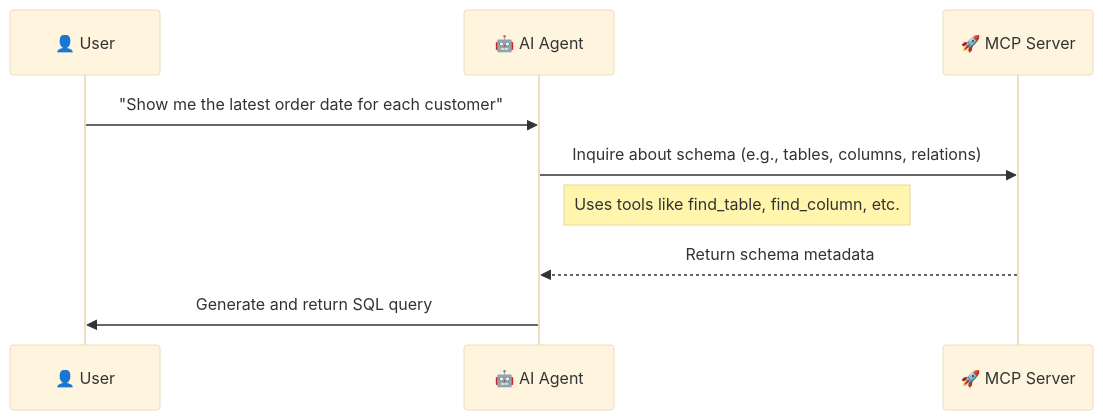
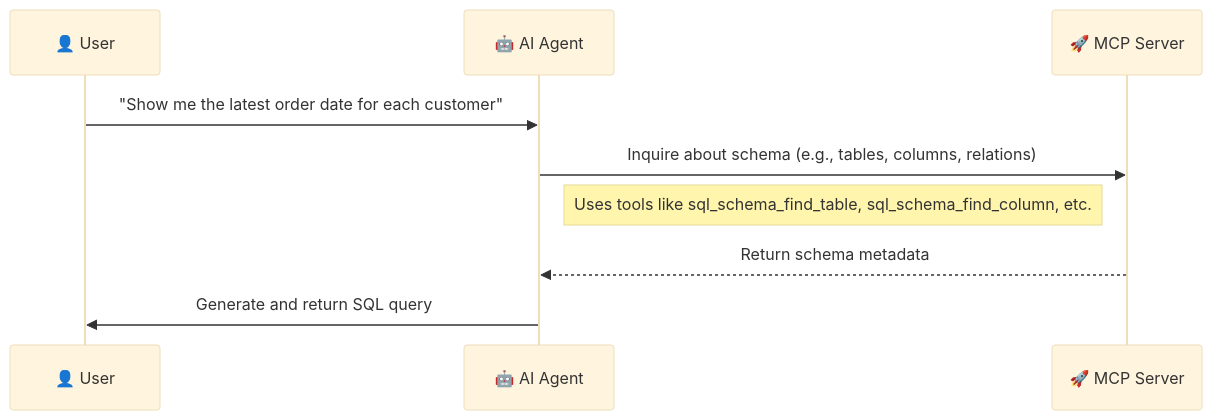
One commit to yt3trees/SqlSchemaBridgeMCP changed the second of 2 diagrams in README.md. Above: the diagram before and after it, drawn with Mermaid (base theme). The commit also changed other lines of this file and 6 other files, not shown here.

Commit message:
feat: Add sql_schema_ prefix to all tool names for uniqueness

````diff
--- a/README.md
+++ b/README.md
@@ -38,15 +38,15 @@
 ```mermaid
 sequenceDiagram
     participant User as 👤 User
     participant Agent as 🤖 AI Agent
     participant MCPServer as 🚀 MCP Server
 
     User->>Agent: "Show me the latest order date for each customer"
 
     Agent->>MCPServer: Inquire about schema (e.g., tables, columns, relations)
-    note right of Agent: Uses tools like find_table, find_column, etc.
+    note right of Agent: Uses tools like sql_schema_find_table, sql_schema_find_column, etc.
 
     MCPServer-->>Agent: Return schema metadata
 
     Agent->>User: Generate and return SQL query
 ```
````
